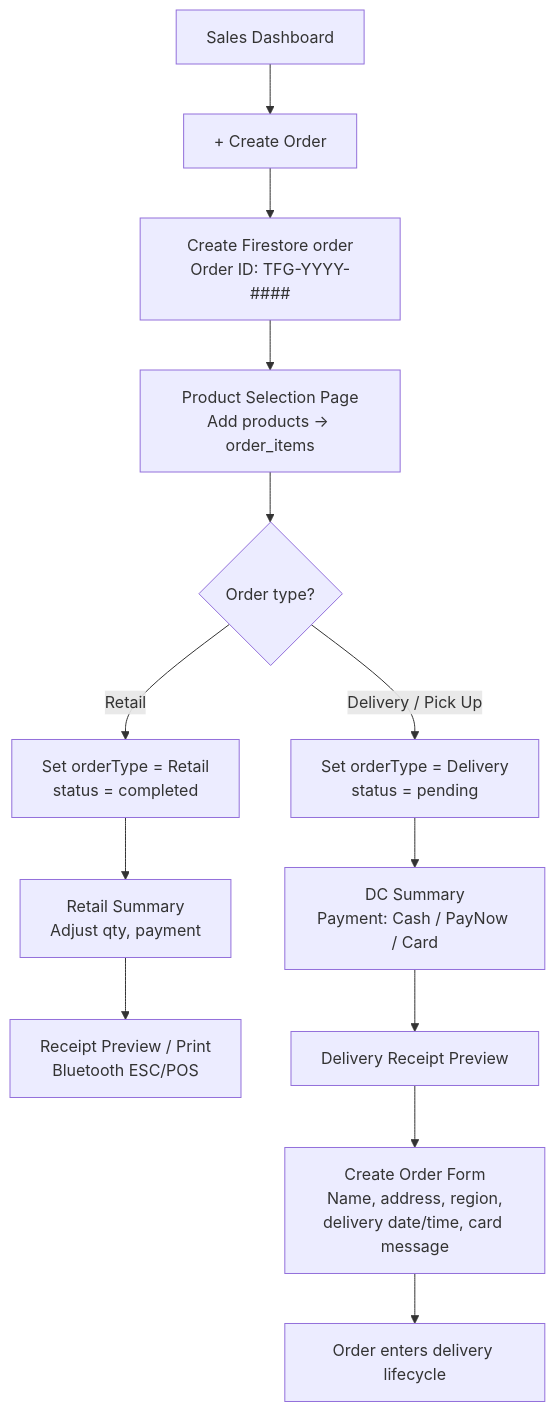
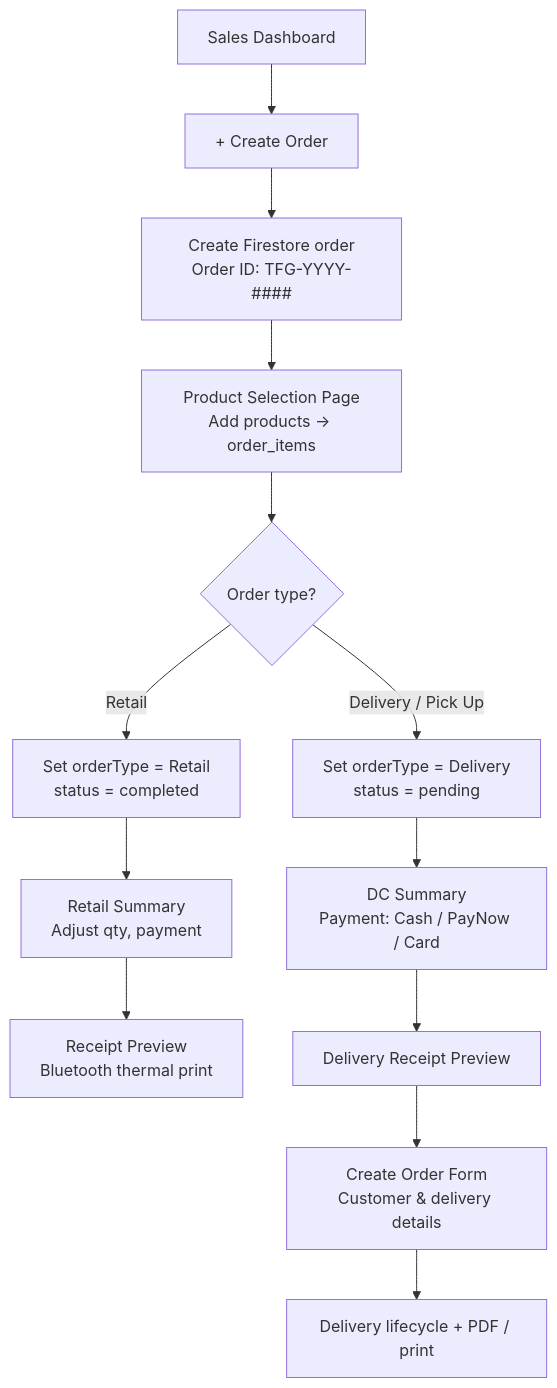
The second of 10 diagrams in docs/WORKFLOW.md (kahliantoo-rgb/tfg_vday), drawn with Mermaid before and after one commit. The commit also changed other lines of this file and 13 other files, not shown here.

First line of the commit message:
Add Bluetooth thermal and A4 PDF printing, update docs

````diff
--- a/docs/WORKFLOW.md
+++ b/docs/WORKFLOW.md
@@ -42,17 +46,17 @@
 ```mermaid
 flowchart TD
     A[Sales Dashboard] --> B[+ Create Order]
     B --> C[Create Firestore order<br/>Order ID: TFG-YYYY-####]
     C --> D[Product Selection Page<br/>Add products → order_items]
     D --> E{Order type?}
 
     E -->|Retail| F[Set orderType = Retail<br/>status = completed]
     F --> G[Retail Summary<br/>Adjust qty, payment]
-    G --> H[Receipt Preview / Print<br/>Bluetooth ESC/POS]
+    G --> H[Receipt Preview<br/>Bluetooth thermal print]
 
     E -->|Delivery / Pick Up| I[Set orderType = Delivery<br/>status = pending]
     I --> J[DC Summary<br/>Payment: Cash / PayNow / Card]
     J --> K[Delivery Receipt Preview]
-    K --> L[Create Order Form<br/>Name, address, region,<br/>delivery date/time, card message]
-    L --> M[Order enters delivery lifecycle]
+    K --> L[Create Order Form<br/>Customer & delivery details]
+    L --> M[Delivery lifecycle + PDF / print]
 ```
````
